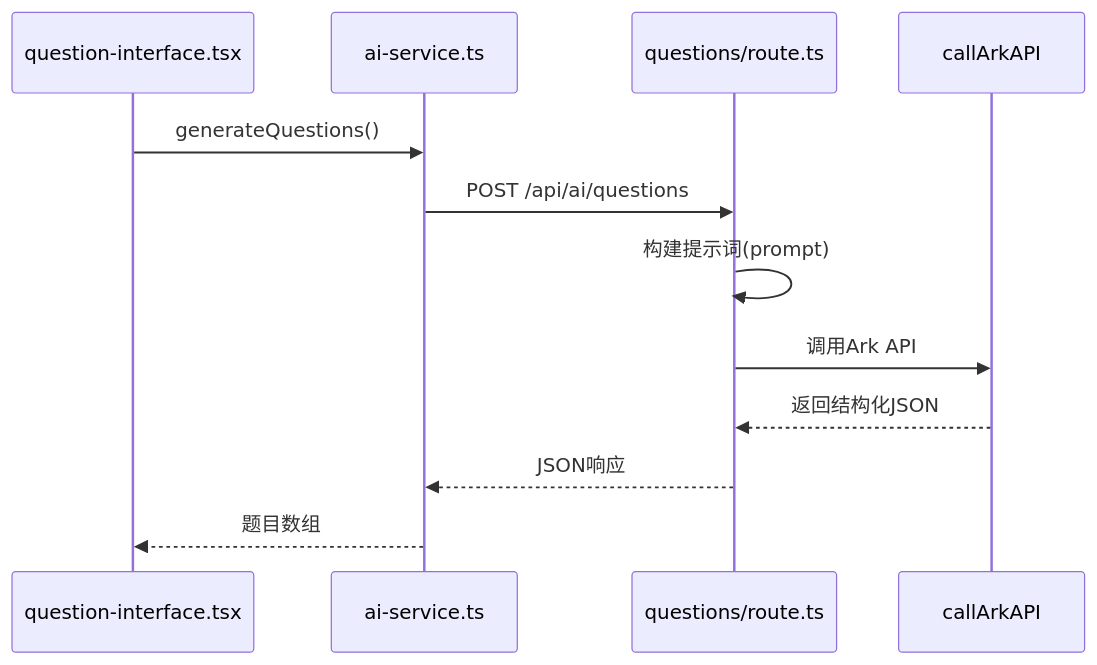
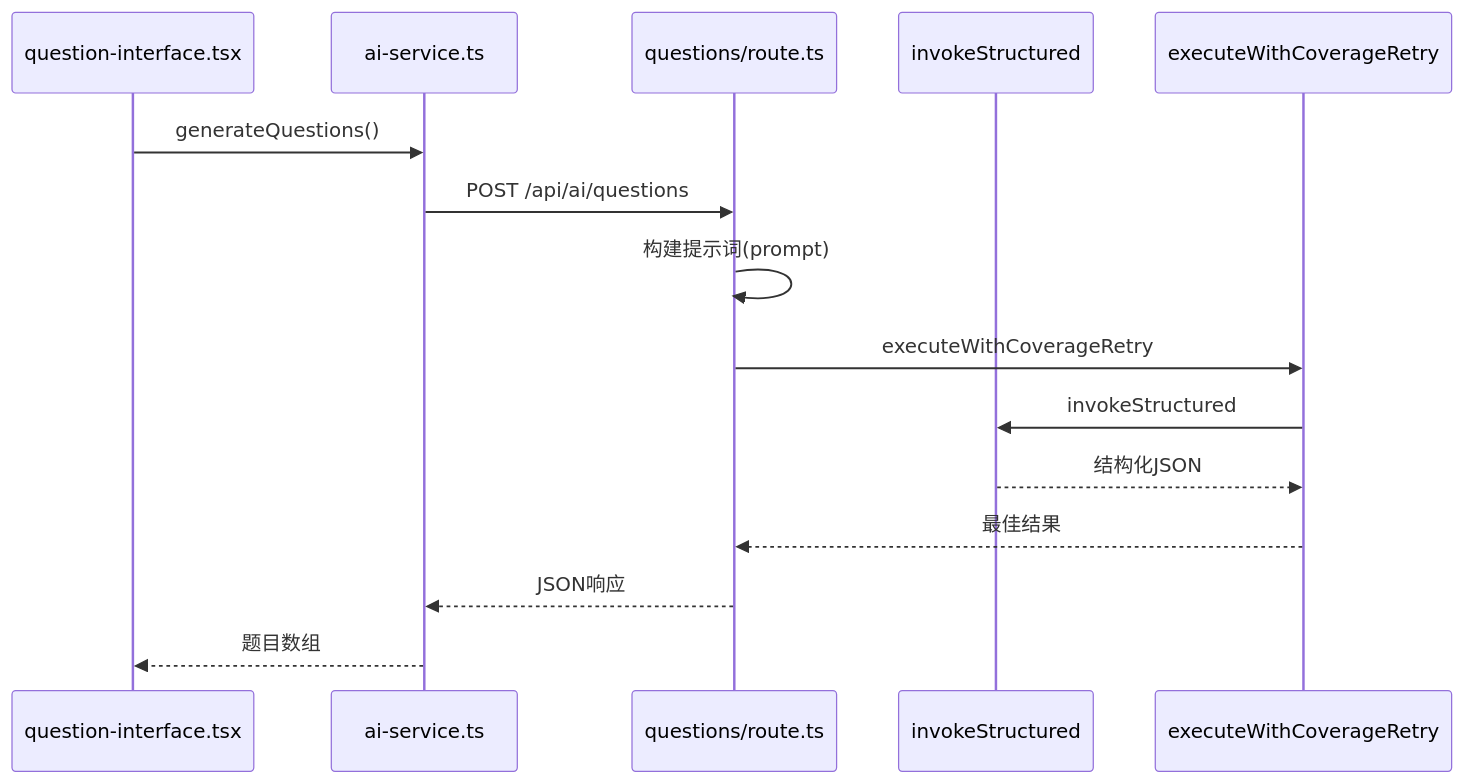
The second of 8 diagrams in .qoder/repowiki/zh/content/后端API接口/AI内容生成API/问题生成API.md (arthurlee116/english-listening-trainer), drawn with Mermaid before and after one commit. The commit also changed other lines of this file and 58 other files, not shown here.

````diff
--- a/.qoder/repowiki/zh/content/后端API接口/AI内容生成API/问题生成API.md
+++ b/.qoder/repowiki/zh/content/后端API接口/AI内容生成API/问题生成API.md
@@ -68,14 +80,17 @@
 ```mermaid
 sequenceDiagram
 participant 前端 as question-interface.tsx
 participant 服务 as ai-service.ts
 participant 路由 as questions/route.ts
-participant AI模型 as callArkAPI
+participant 结构化调用 as invokeStructured
+participant 重试策略 as executeWithCoverageRetry
 前端->>服务 : generateQuestions()
 服务->>路由 : POST /api/ai/questions
 路由->>路由 : 构建提示词(prompt)
-路由->>AI模型 : 调用Ark API
-AI模型-->>路由 : 返回结构化JSON
+路由->>重试策略 : executeWithCoverageRetry
+重试策略->>结构化调用 : invokeStructured
+结构化调用-->>重试策略 : 结构化JSON
+重试策略-->>路由 : 最佳结果
 路由-->>服务 : JSON响应
 服务-->>前端 : 题目数组
 ```
````
